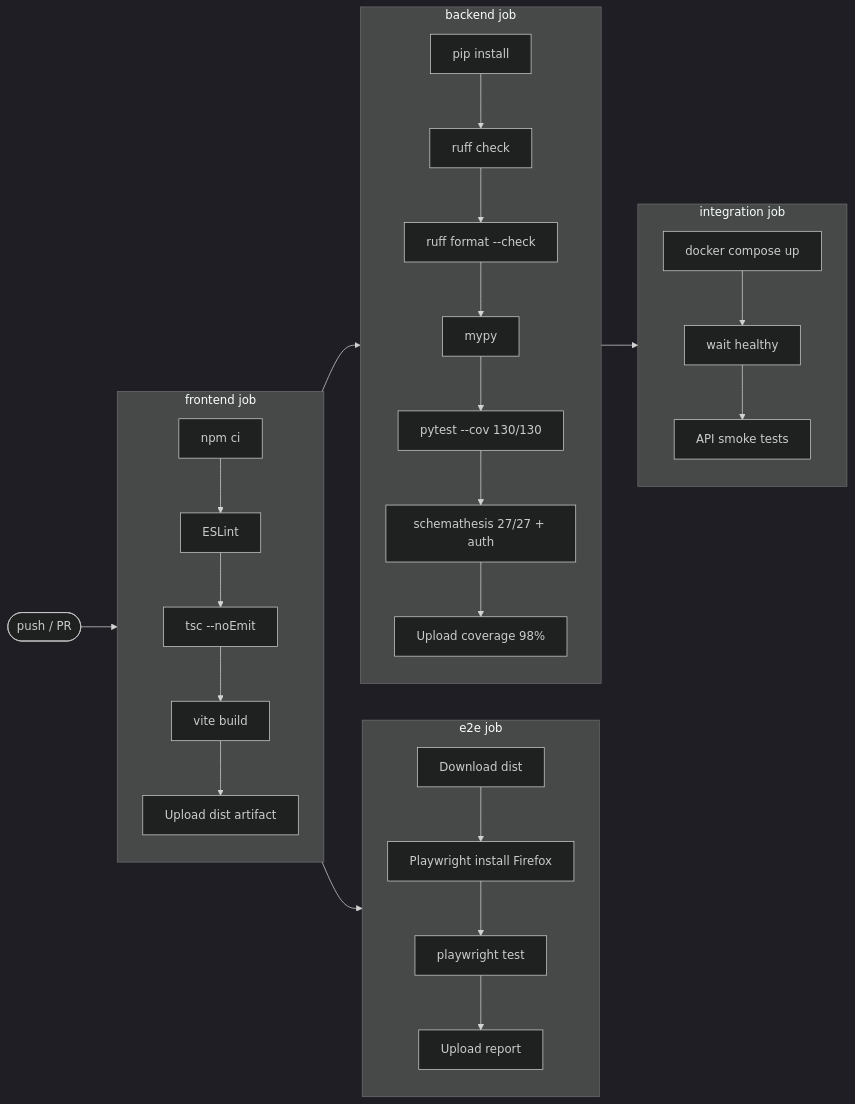
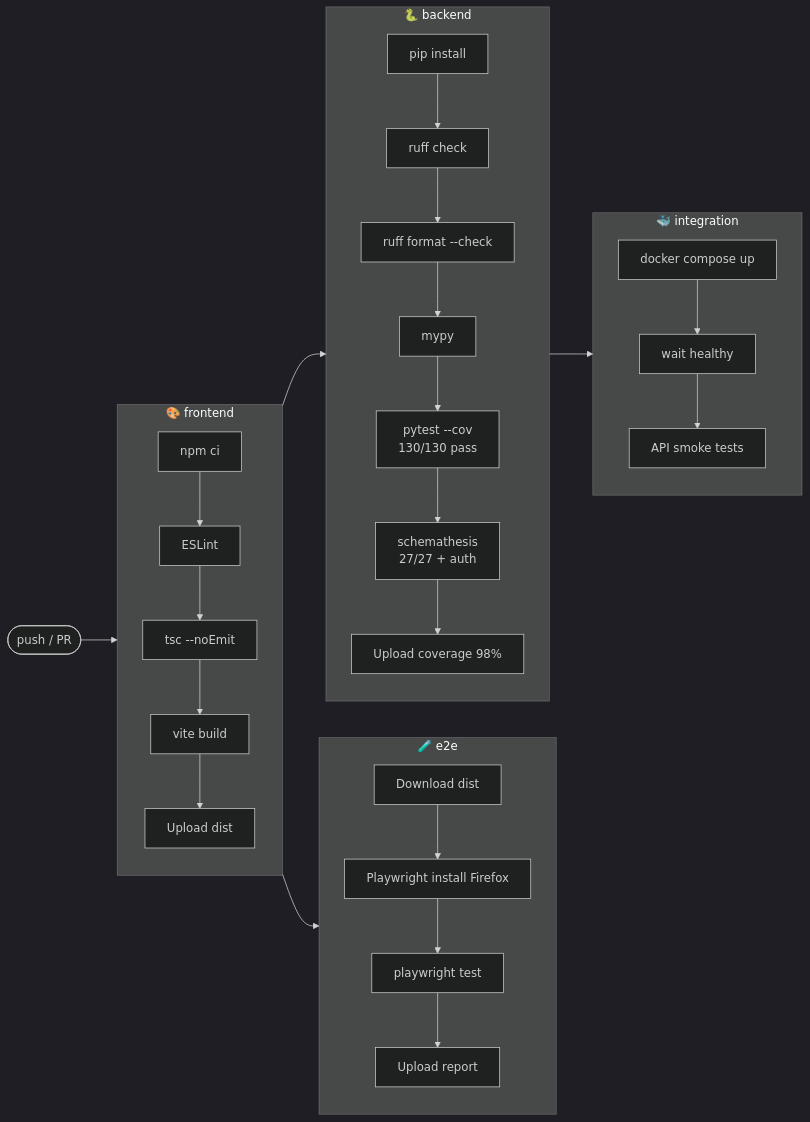
The second of 3 diagrams in README.md (Kensan196948G/ArcSphere3D), drawn with Mermaid (dark theme) before and after one commit. The commit also changed other lines of this file, not shown here.

Commit message:
docs(readme): 大幅刷新 — 表・アイコン・Mermaid ダイアグラム追加 (Issue #168)

````diff
--- a/README.md
+++ b/README.md
@@ -207,35 +273,35 @@
 ```mermaid
 flowchart LR
     A([push / PR]) --> F
 
-    subgraph F["frontend job"]
+    subgraph F["🎨 frontend"]
         F1[npm ci] --> F2[ESLint]
         F2 --> F3[tsc --noEmit]
         F3 --> F4[vite build]
-        F4 --> F5[Upload dist artifact]
+        F4 --> F5[Upload dist]
     end
 
-    subgraph E["e2e job"]
+    subgraph E["🧪 e2e"]
         E1[Download dist] --> E2[Playwright install Firefox]
         E2 --> E3[playwright test]
         E3 --> E4[Upload report]
     end
 
-    subgraph B["backend job"]
+    subgraph B["🐍 backend"]
         B1[pip install] --> B2[ruff check]
         B2 --> B3[ruff format --check]
         B3 --> B4[mypy]
-        B4 --> B5[pytest --cov 130/130]
-        B5 --> B6[schemathesis 27/27 + auth]
+        B4 --> B5["pytest --cov\n130/130 pass"]
+        B5 --> B6["schemathesis\n27/27 + auth"]
         B6 --> B7[Upload coverage 98%]
     end
 
-    subgraph I["integration job"]
+    subgraph I["🐳 integration"]
         I1[docker compose up] --> I2[wait healthy]
         I2 --> I3[API smoke tests]
     end
 
     F --> E
     F --> B
     B --> I
 ```
````
